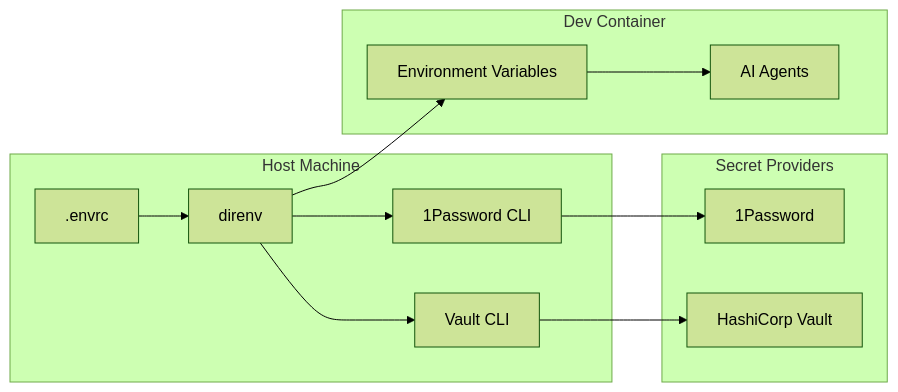
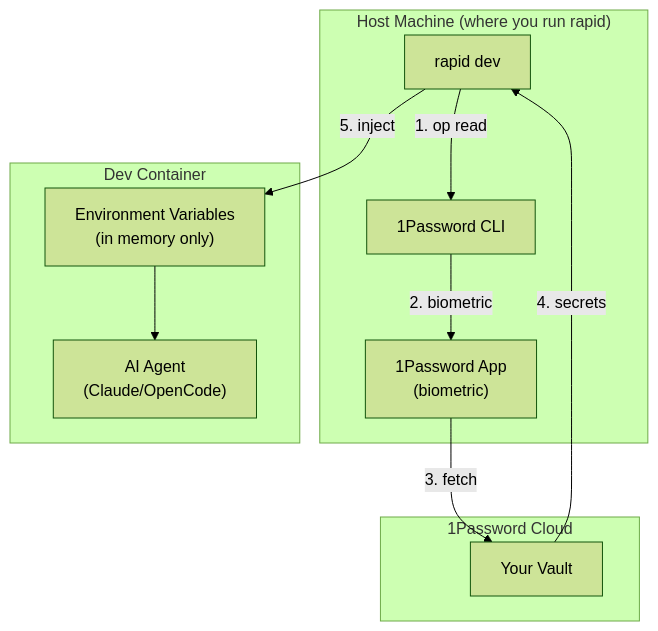
Before and after one commit to a3tai/rapid: the second of 5 diagrams in docs/guides/secrets-management.md, drawn with Mermaid (forest theme). The commit also changed other lines of this file and 79 other files, not shown here.

````diff
--- a/docs/guides/secrets-management.md
+++ b/docs/guides/secrets-management.md
@@ -16,24 +43,24 @@
 ```mermaid
-flowchart LR
-    subgraph Host["Host Machine"]
-        envrc[".envrc"]
-        direnv["direnv"]
+flowchart TB
+    subgraph Host["Host Machine (where you run rapid)"]
+        rapid["rapid dev"]
         op["1Password CLI"]
-        vault["Vault CLI"]
+        app["1Password App<br/>(biometric)"]
     end
-    
-    subgraph Secrets["Secret Providers"]
-        onepass["1Password"]
-        hashivault["HashiCorp Vault"]
+
+    subgraph Cloud["1Password Cloud"]
+        vault["Your Vault"]
     end
-    
+
     subgraph Container["Dev Container"]
-        env["Environment Variables"]
-        agents["AI Agents"]
+        env["Environment Variables<br/>(in memory only)"]
+        agent["AI Agent<br/>(Claude/OpenCode)"]
     end
-    
-    envrc --> direnv
-    direnv --> op --> onepass
-    direnv --> vault --> hashivault
-    direnv --> env --> agents
+
+    rapid -->|"1. op read"| op
+    op -->|"2. biometric"| app
+    app -->|"3. fetch"| vault
+    vault -->|"4. secrets"| rapid
+    rapid -->|"5. inject"| env
+    env --> agent
 ```
````
